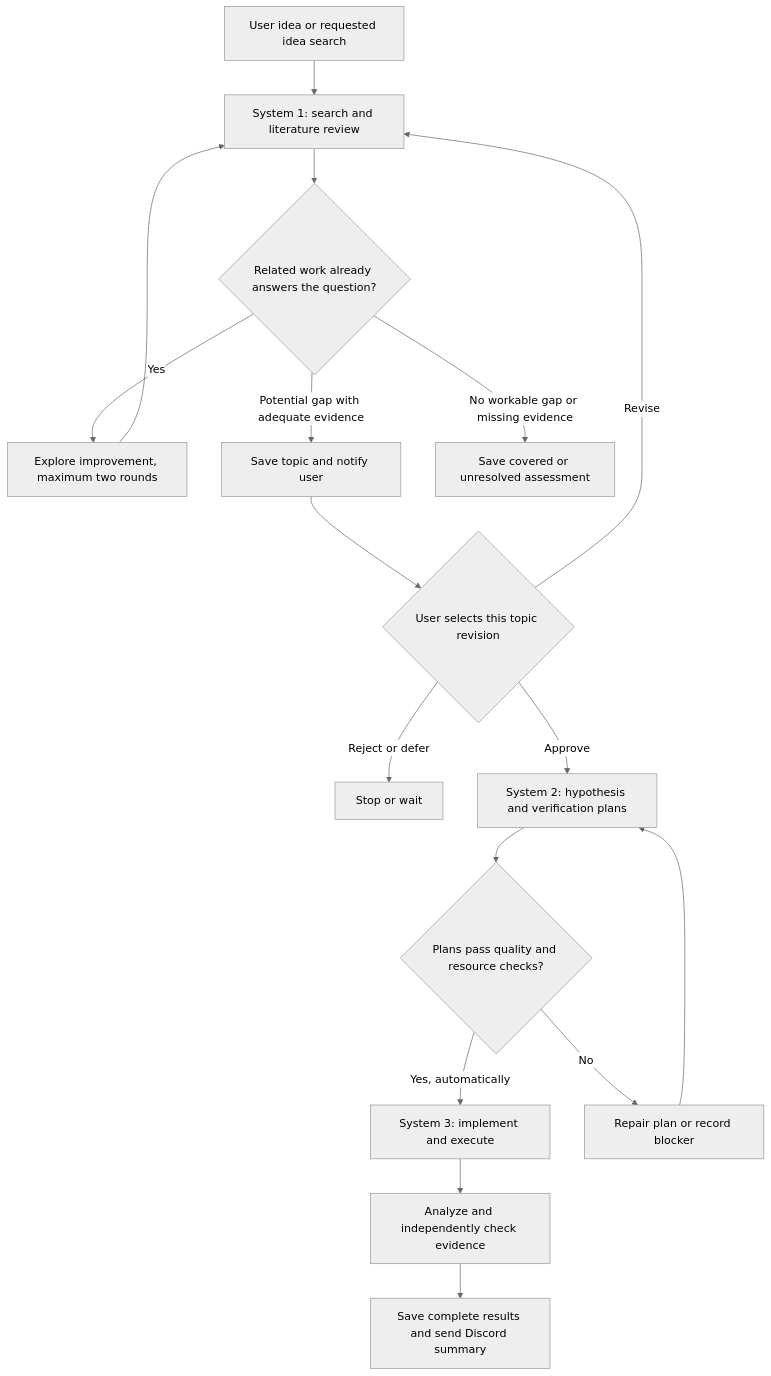
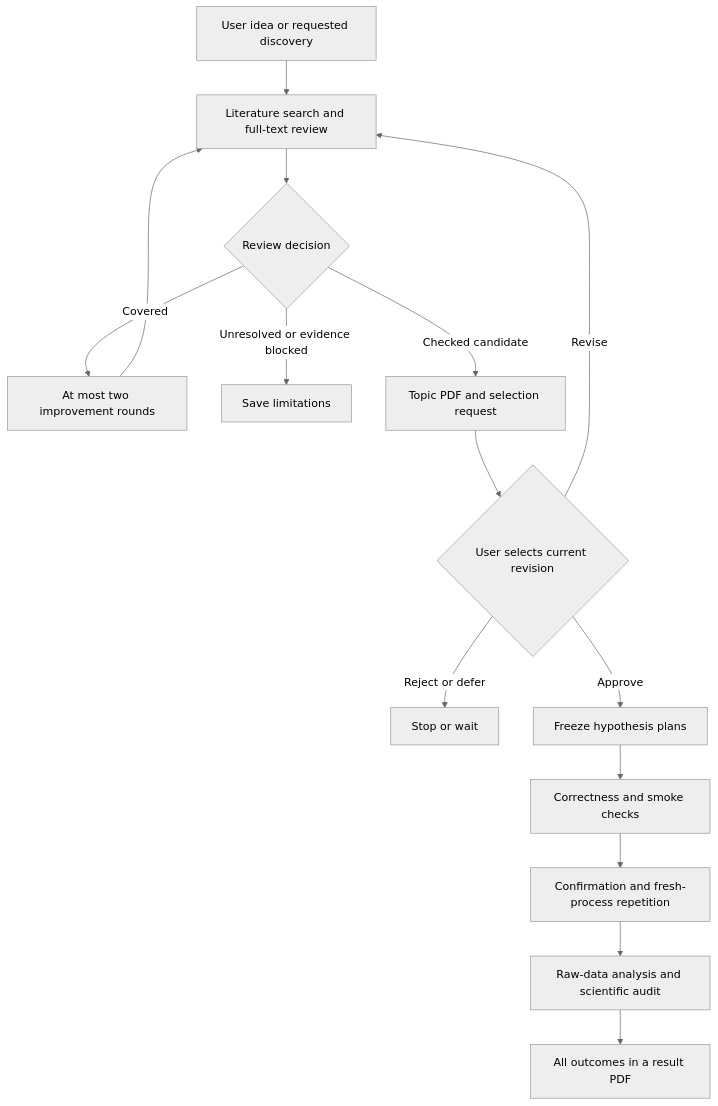
Before and after one commit to rbt4168/degree_savior: the diagram in docs/plan.md, drawn with Mermaid (neutral theme). The commit also changed other lines of this file and 32 other files, not shown here.

````diff
--- a/docs/plan.md
+++ b/docs/plan.md
@@ -17,19 +18,17 @@
 ```mermaid
 flowchart TD
-    A[User idea or requested idea search] --> B[System 1: search and literature review]
-    B --> C{Related work already answers the question?}
-    C -->|Yes| D[Explore improvement, maximum two rounds]
+    A[User idea or requested discovery] --> B[Literature search and full-text review]
+    B --> C{Review decision}
+    C -->|Covered| D[At most two improvement rounds]
     D --> B
-    C -->|Potential gap with adequate evidence| E[Save topic and notify user]
-    C -->|No workable gap or missing evidence| F[Save covered or unresolved assessment]
-    E --> G{User selects this topic revision}
+    C -->|Unresolved or evidence blocked| E[Save limitations]
+    C -->|Checked candidate| F[Topic PDF and selection request]
+    F --> G{User selects current revision}
     G -->|Revise| B
     G -->|Reject or defer| H[Stop or wait]
-    G -->|Approve| I[System 2: hypothesis and verification plans]
-    I --> J{Plans pass quality and resource checks?}
-    J -->|Yes, automatically| K[System 3: implement and execute]
-    J -->|No| L[Repair plan or record blocker]
-    L --> I
-    K --> M[Analyze and independently check evidence]
-    M --> N[Save complete results and send Discord summary]
+    G -->|Approve| I[Freeze hypothesis plans]
+    I --> J[Correctness and smoke checks]
+    J --> K[Confirmation and fresh-process repetition]
+    K --> L[Raw-data analysis and scientific audit]
+    L --> M[All outcomes in a result PDF]
 ```
````
